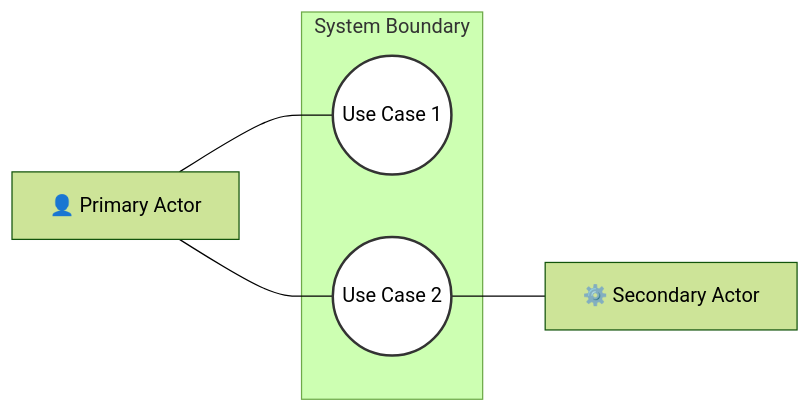
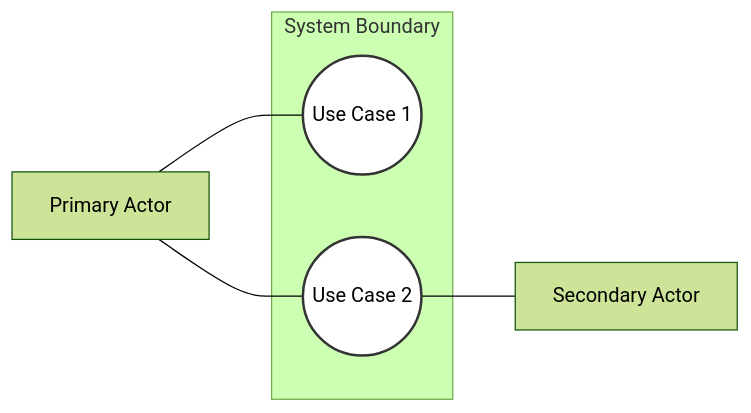
Before and after one commit to Vtheonly/Obsidian_Notes: the first of 34 diagrams in Master 1/S2/Advanced Code Patterns/Chapter 1.1: Use Case Diagram/00100 Excercise.md, drawn with Mermaid (forest theme). The commit also changed other lines of this file and 3934 other files, not shown here.

````diff
--- a/Master 1/S2/Advanced Code Patterns/Chapter 1.1: Use Case Diagram/00100 Excercise.md
+++ b/Master 1/S2/Advanced Code Patterns/Chapter 1.1: Use Case Diagram/00100 Excercise.md
@@ -11,12 +11,12 @@
 ```mermaid
 graph LR
     subgraph System Boundary
         UC1((Use Case 1))
         UC2((Use Case 2))
     end
-    Actor1[👤 Primary Actor] --- UC1
+    Actor1[ Primary Actor] --- UC1
     Actor1 --- UC2
-    UC2 --- Actor2[⚙️ Secondary Actor]
+    UC2 --- Actor2[ Secondary Actor]
     style UC1 fill:#fff,stroke:#333,stroke-width:2px;
     style UC2 fill:#fff,stroke:#333,stroke-width:2px;
 ```
````
